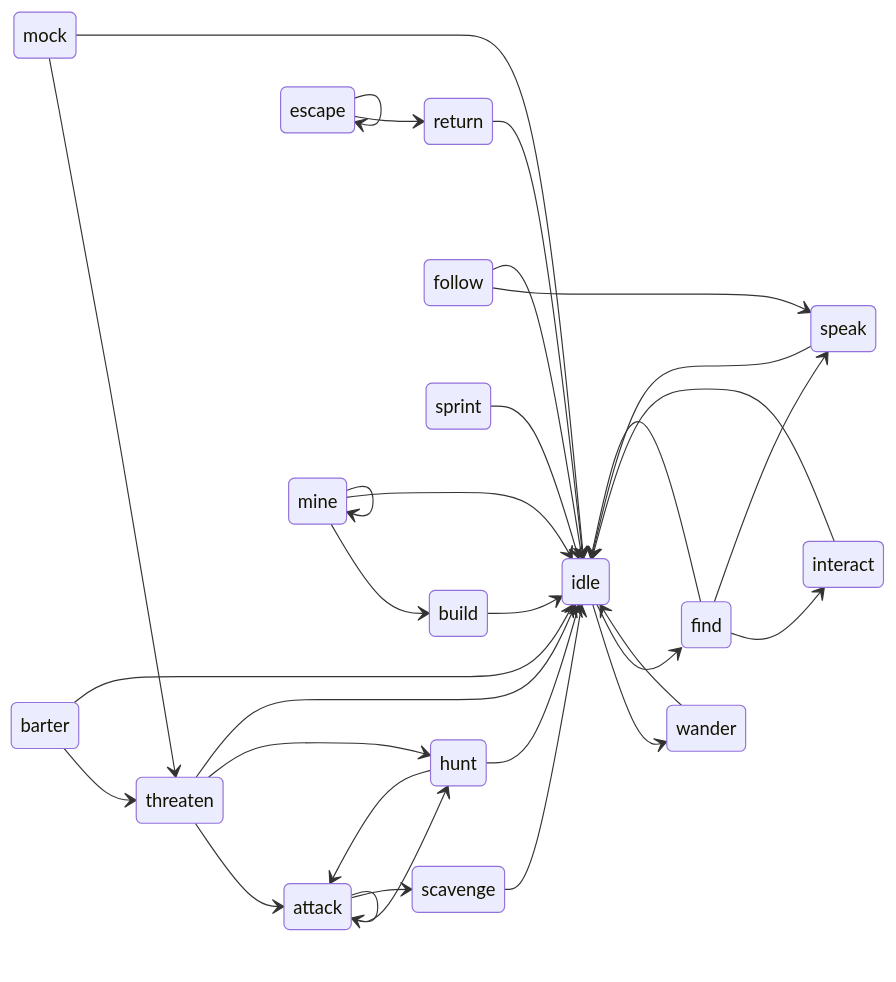
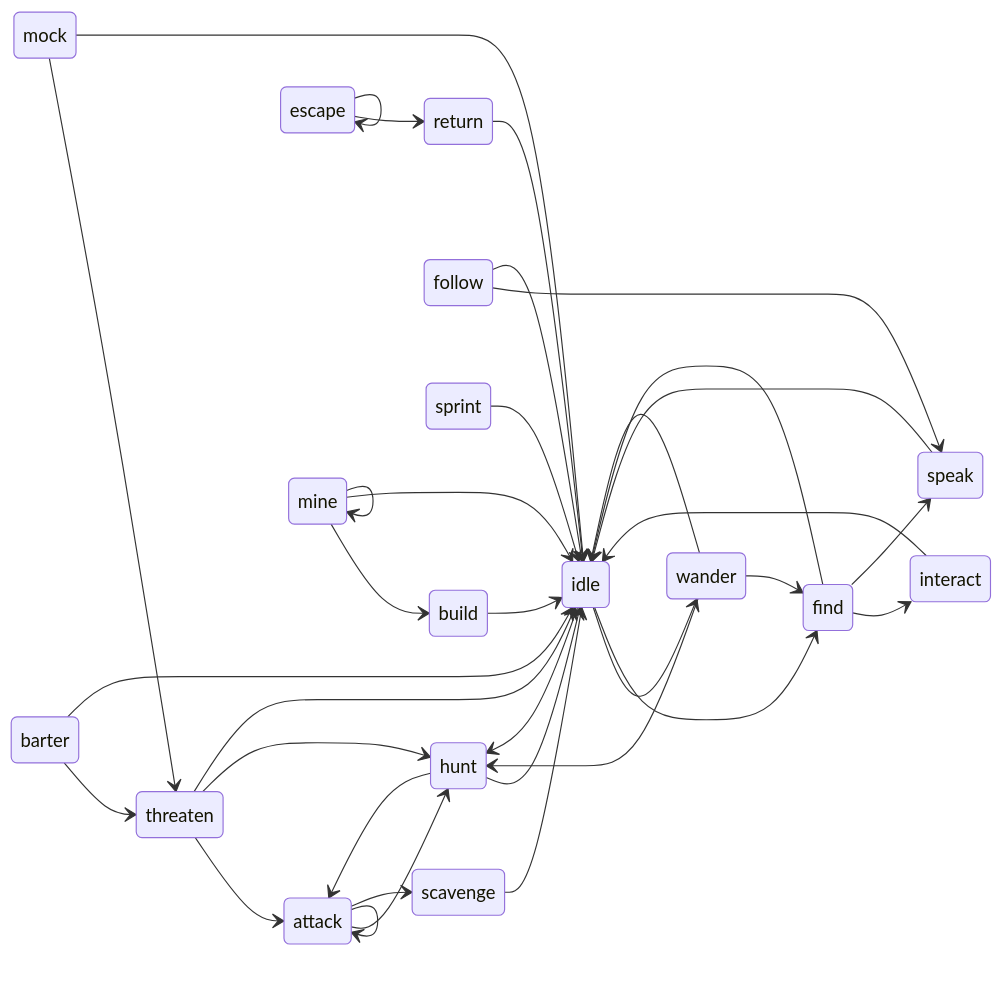
Before and after one commit to chinchalinchin/ontology: the diagram in docs/static/mmd/intention-transitions.mmd, drawn with Mermaid. The commit also changed 3 other files, not shown here.

Commit message:
updating intention diagrams

```diff
--- a/docs/static/mmd/intention-transitions.mmd
+++ b/docs/static/mmd/intention-transitions.mmd
@@ -1,50 +1,53 @@
 stateDiagram-v2
     direction LR
 
     attack --> attack
     attack --> hunt
     attack --> scavenge
 
     barter --> threaten
     barter --> idle
 
     build --> idle
 
     escape --> escape
     escape --> return
 
     find --> interact
     find --> speak
     find --> idle
 
     follow --> speak
     follow --> idle
 
     hunt --> attack
     hunt --> idle
 
     idle --> wander
     idle --> find
+    idle --> hunt
 
     interact --> idle
 
     mine --> build
     mine --> mine
     mine --> idle
 
     mock --> threaten
     mock --> idle
 
     return --> idle
 
     scavenge --> idle
 
     speak --> idle
 
     sprint --> idle
 
     threaten --> attack
     threaten --> hunt
     threaten --> idle
 
+    wander --> hunt
+    wander --> find
     wander --> idle
```
